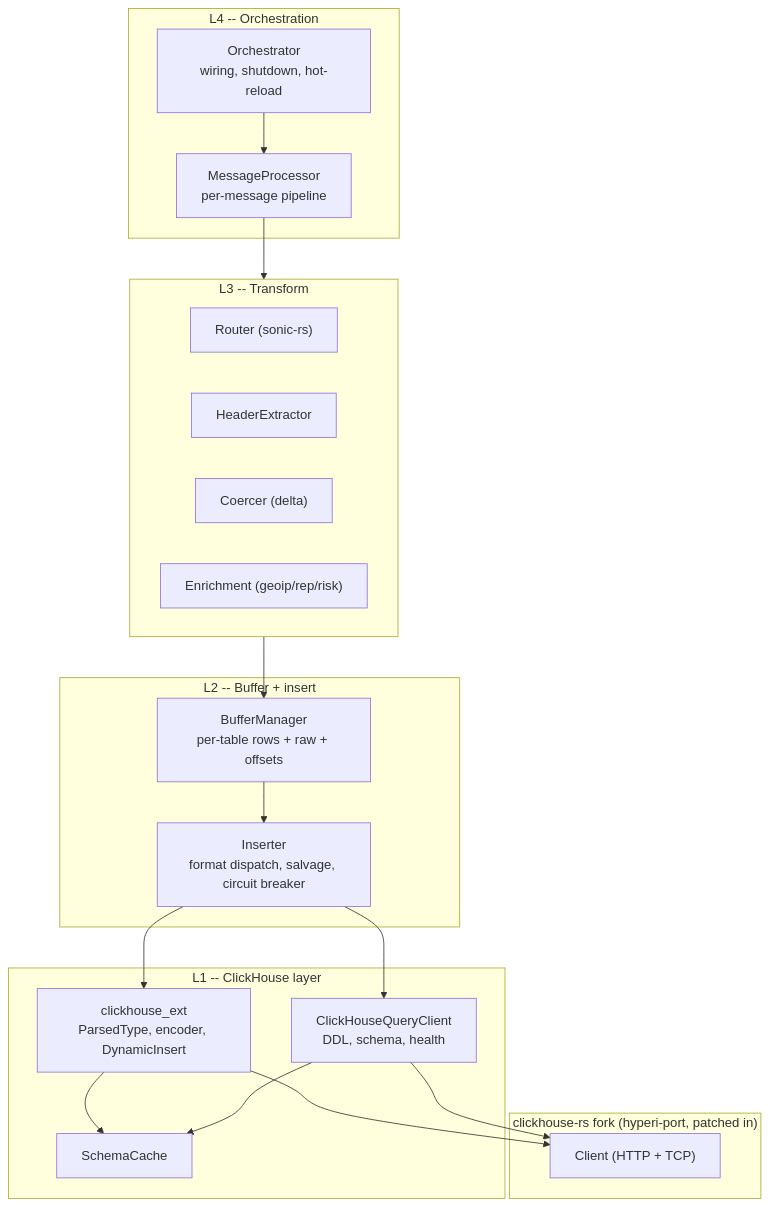
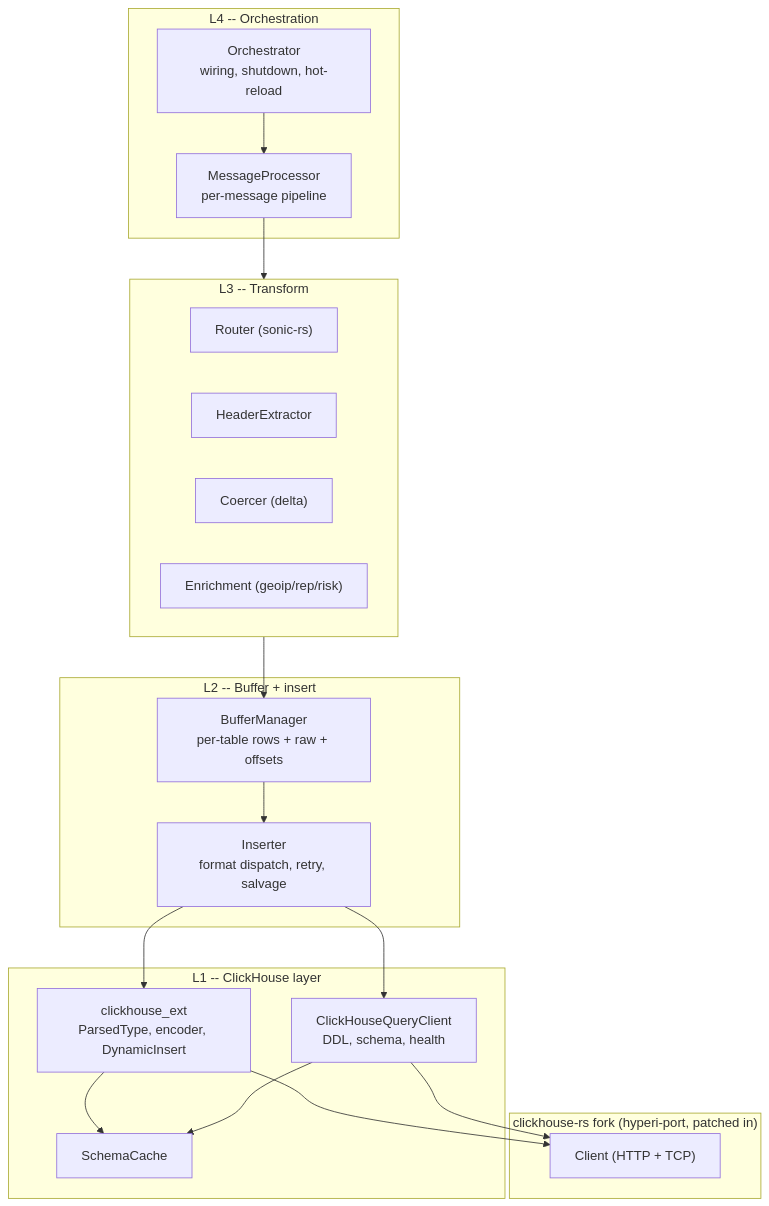
Before and after one commit to hyperi-io/dfe-loader: the first of 3 diagrams in docs/ARCHITECTURE.md, drawn with Mermaid. The commit also changed other lines of this file and 5 other files, not shown here.

````diff
--- a/docs/ARCHITECTURE.md
+++ b/docs/ARCHITECTURE.md
@@ -22,31 +22,31 @@
 ```mermaid
 flowchart TB
     subgraph L4["L4 -- Orchestration"]
         ORC["Orchestrator<br/>wiring, shutdown, hot-reload"]
         PROC["MessageProcessor<br/>per-message pipeline"]
     end
     subgraph L3["L3 -- Transform"]
         ROUTE["Router (sonic-rs)"]
         EXTRACT["HeaderExtractor"]
         COERCE["Coercer (delta)"]
         ENRICH["Enrichment (geoip/rep/risk)"]
     end
     subgraph L2["L2 -- Buffer + insert"]
         BUF["BufferManager<br/>per-table rows + raw + offsets"]
-        INS["Inserter<br/>format dispatch, salvage, circuit breaker"]
+        INS["Inserter<br/>format dispatch, retry, salvage"]
     end
     subgraph L1["L1 -- ClickHouse layer"]
         QC["ClickHouseQueryClient<br/>DDL, schema, health"]
         EXT["clickhouse_ext<br/>ParsedType, encoder, DynamicInsert"]
         SC["SchemaCache"]
     end
     subgraph Fork["clickhouse-rs fork (hyperi-port, patched in)"]
         CLIENT["Client (HTTP + TCP)"]
     end
 
     ORC --> PROC --> L3 --> BUF --> INS
     INS --> EXT --> CLIENT
     INS --> QC --> CLIENT
     EXT --> SC
     QC --> SC
 ```
````
